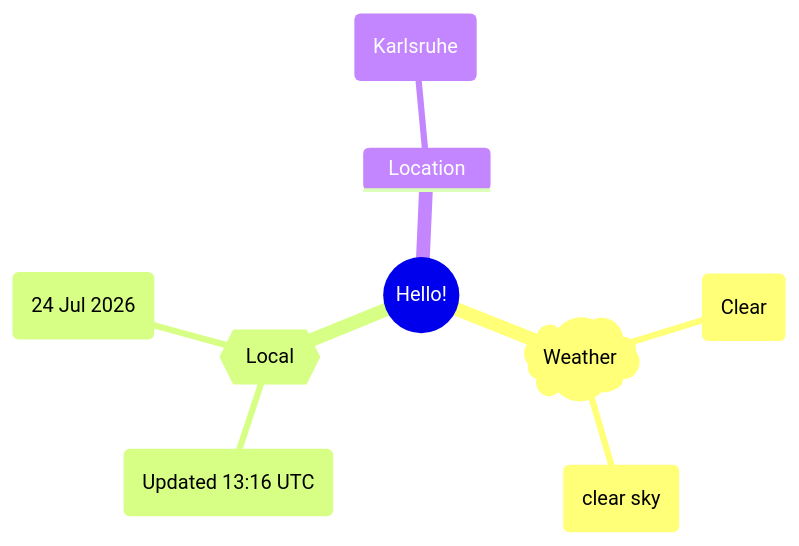
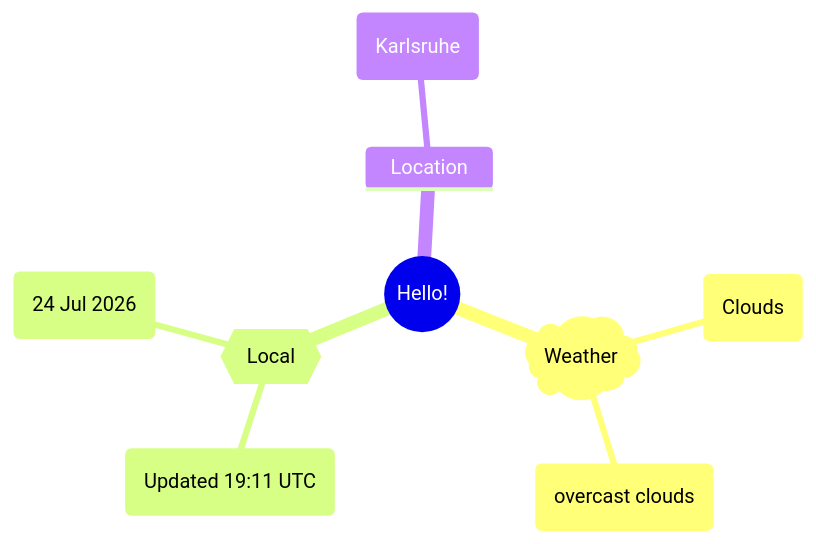
Before and after one commit to Xosrov/Xosrov: the first of 2 diagrams in README.md, drawn with Mermaid.

Commit message:
[bot] updated images

````diff
--- a/README.md
+++ b/README.md
@@ -3,12 +3,12 @@
 ```mermaid
 mindmap
   root((Hello!))
     )Weather(
-        (Clear)
-        (clear sky)
+        (Clouds)
+        (overcast clouds)
     {{Local}}
-        (Updated 13:16 UTC)
+        (Updated 19:11 UTC)
         (24 Jul 2026)
     Location
         (Karlsruhe)
 ```
````
